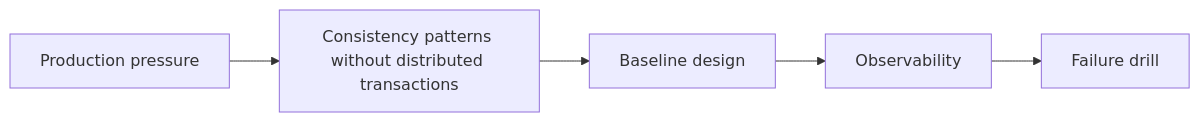
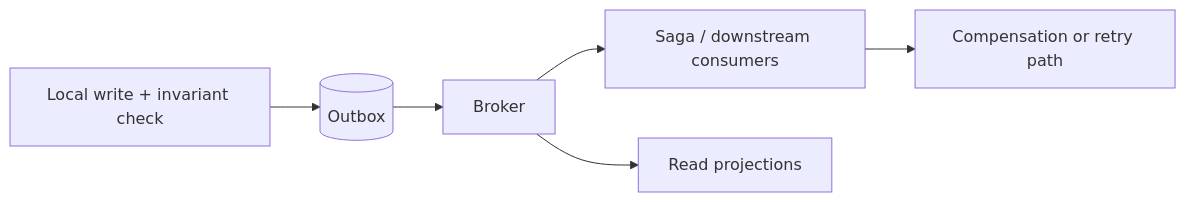
One commit to sandeepbhardwaj/sandeepbhardwaj.github.io changed the diagram in _posts/2026-08-09-microservices-consistency-without-2pc-part-1.md. Above: the diagram before and after it, drawn with Mermaid. The commit also changed other lines of this file and 113 other files, not shown here.

````diff
--- a/_posts/2026-08-09-microservices-consistency-without-2pc-part-1.md
+++ b/_posts/2026-08-09-microservices-consistency-without-2pc-part-1.md
@@ -57,7 +120,8 @@
 ```mermaid
 flowchart LR
-    A[Production pressure] --> B[Consistency patterns without distributed transactions]
-    B --> C[Baseline design]
-    C --> D[Observability]
-    D --> E[Failure drill]
+    W[Local write + invariant check] --> O[(Outbox)]
+    O --> B[Broker]
+    B --> S[Saga / downstream consumers]
+    B --> P[Read projections]
+    S --> R[Compensation or retry path]
 ```
````
